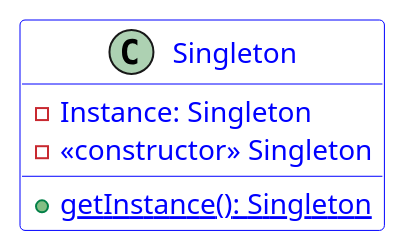
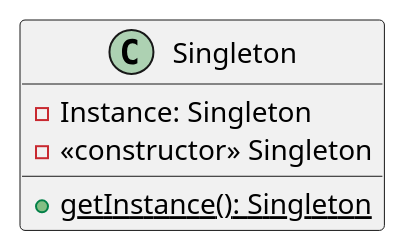
One commit to paguerre3/creational-patterns changed the diagram in cp-samples/src/cp/samples/singleton/_singleton-diagram.iuml. Above: the diagram before and after it, drawn with PlantUML.

Commit message:
no message

```diff
--- a/cp-samples/src/cp/samples/singleton/_singleton-diagram.iuml
+++ b/cp-samples/src/cp/samples/singleton/_singleton-diagram.iuml
@@ -1,7 +1,8 @@
 @startuml
-class Singleton #white;line:blue;text:blue {
+class Singleton #white;line:blue;text:blue
+class Singleton {
  -Instance: Singleton
  -<<constructor>> Singleton
  +{static} getInstance(): Singleton
 }
 @enduml
```
